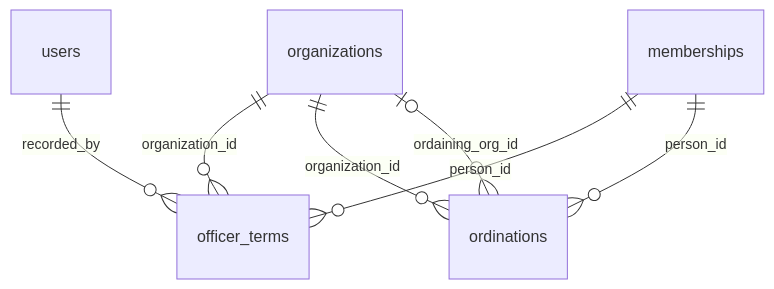
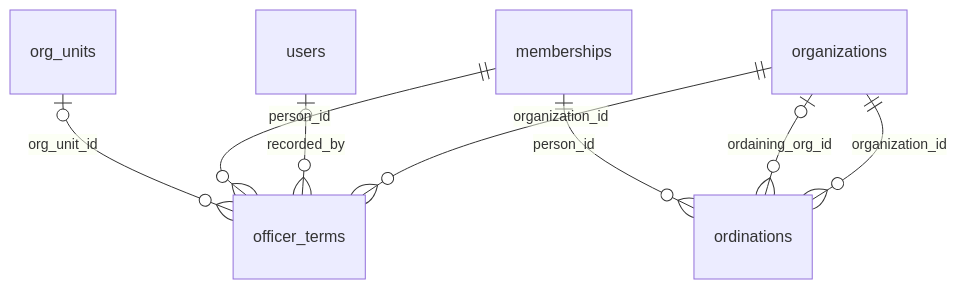
Before and after one commit to chenson42/presby: the fifth of 9 diagrams in docs/schema-design.md, drawn with Mermaid. The commit also changed other lines of this file and 56 other files, not shown here.

````diff
--- a/docs/schema-design.md
+++ b/docs/schema-design.md
@@ -170,9 +170,10 @@
 ```mermaid
 erDiagram
   organizations ||--o{ officer_terms : "organization_id"
-  users ||--o{ officer_terms : "recorded_by"
+  users |o--o{ officer_terms : "recorded_by"
   memberships ||--o{ officer_terms : "person_id"
+  org_units |o--o{ officer_terms : "org_unit_id"
   organizations ||--o{ ordinations : "organization_id"
   organizations |o--o{ ordinations : "ordaining_org_id"
   memberships ||--o{ ordinations : "person_id"
 ```
````
